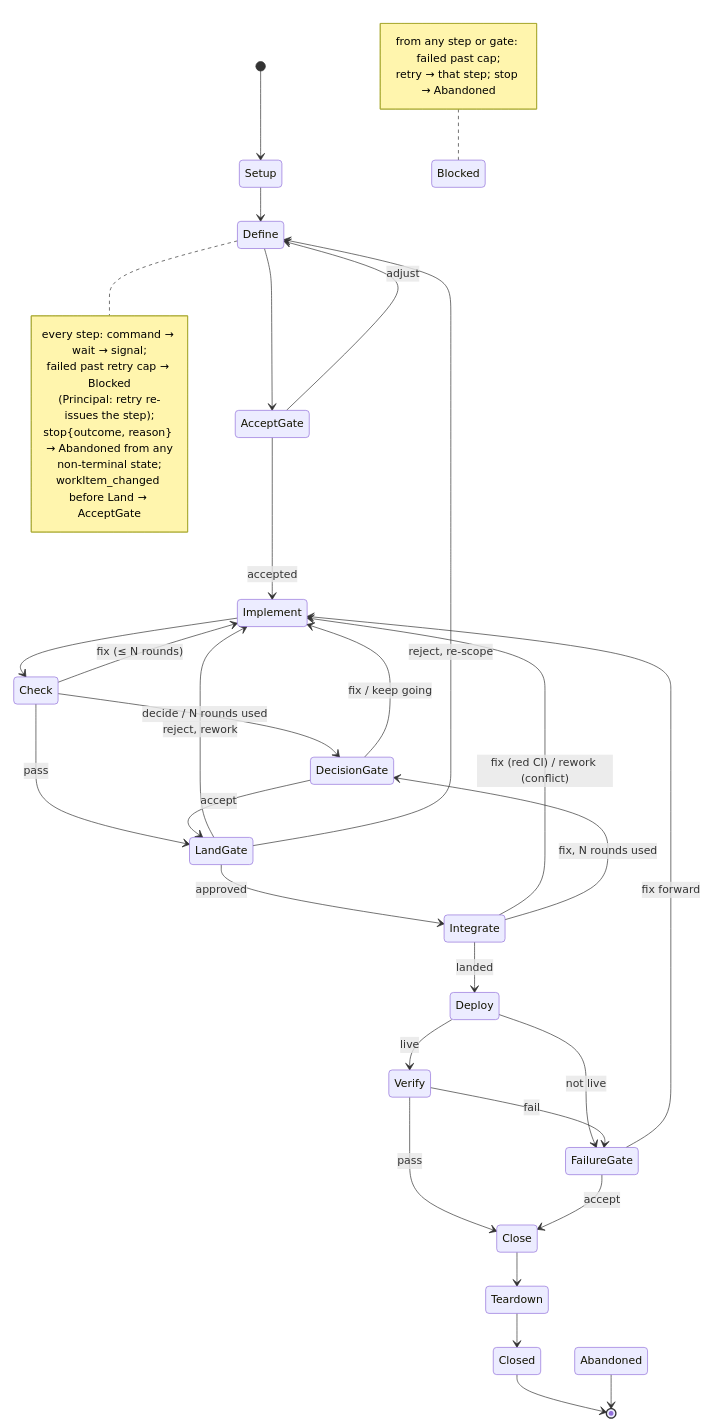
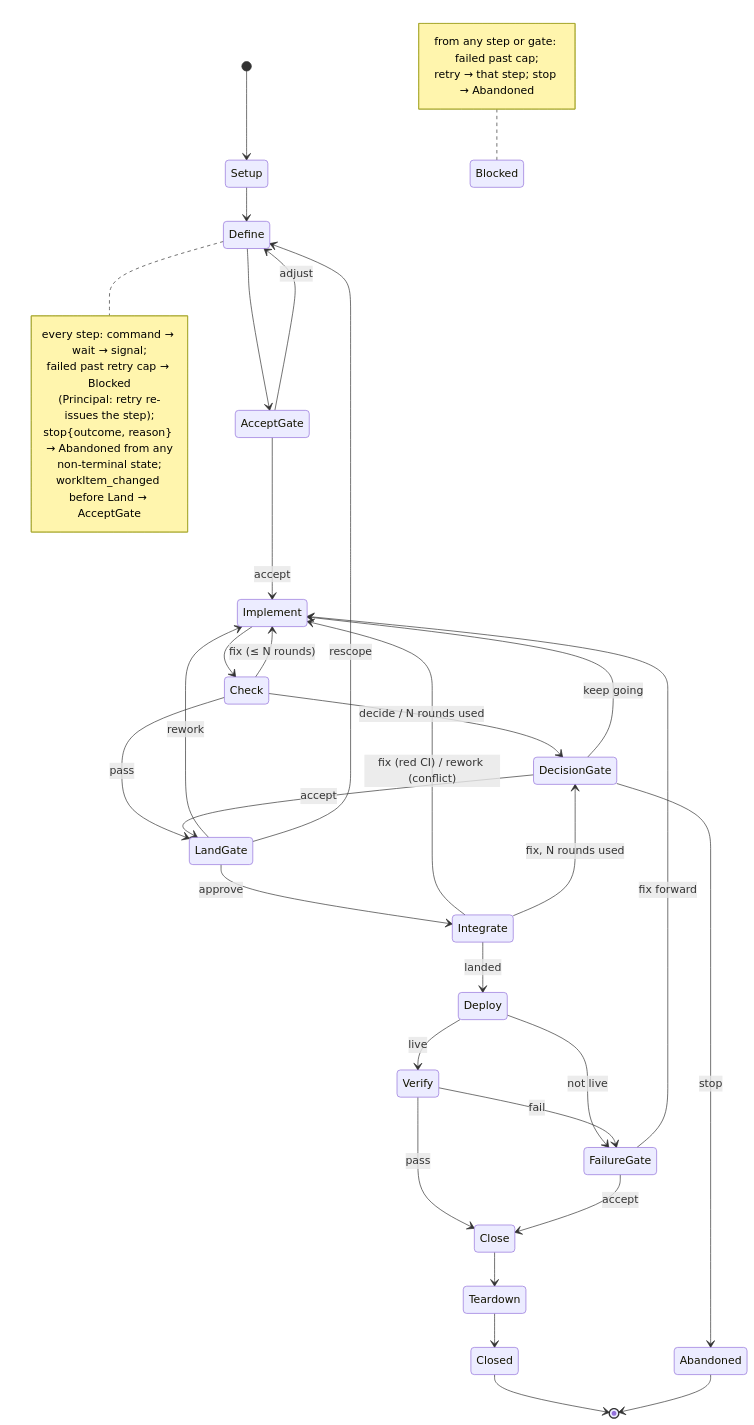
The third of 4 diagrams in ship/docs/architecture.md (pehota/harlo), drawn with Mermaid before and after one commit. The commit also changed other lines of this file and 4 other files, not shown here.

````diff
--- a/ship/docs/architecture.md
+++ b/ship/docs/architecture.md
@@ -177,44 +180,45 @@
 ```mermaid
 stateDiagram-v2
   [*] --> Setup
   Setup --> Define
   Define --> AcceptGate
-  AcceptGate --> Implement: accepted
+  AcceptGate --> Implement: accept
   AcceptGate --> Define: adjust
   Implement --> Check
   Check --> Implement: fix (≤ N rounds)
   Check --> DecisionGate: decide / N rounds used
   Check --> LandGate: pass
-  DecisionGate --> Implement: fix / keep going
+  DecisionGate --> Implement: keep going
   DecisionGate --> LandGate: accept
-  LandGate --> Integrate: approved
-  LandGate --> Implement: reject, rework
-  LandGate --> Define: reject, re-scope
+  DecisionGate --> Abandoned: stop
+  LandGate --> Integrate: approve
+  LandGate --> Implement: rework
+  LandGate --> Define: rescope
   Integrate --> Deploy: landed
   Integrate --> Implement: fix (red CI) / rework (conflict)
   Integrate --> DecisionGate: fix, N rounds used
   Deploy --> Verify: live
   Verify --> Close: pass
   Deploy --> FailureGate: not live
   Verify --> FailureGate: fail
   FailureGate --> Implement: fix forward
   FailureGate --> Close: accept
   Close --> Teardown
   Teardown --> Closed
   Closed --> [*]
   Blocked
   note left of Blocked
     from any step or gate: failed past cap;
     retry → that step; stop → Abandoned
   end note
   Abandoned --> [*]
 
   note right of Define
     every step: command → wait → signal;
     failed past retry cap → Blocked
     (Principal: retry re-issues the step);
     stop{outcome, reason} → Abandoned from any
     non-terminal state;
     workItem_changed before Land → AcceptGate
   end note
 ```
````
